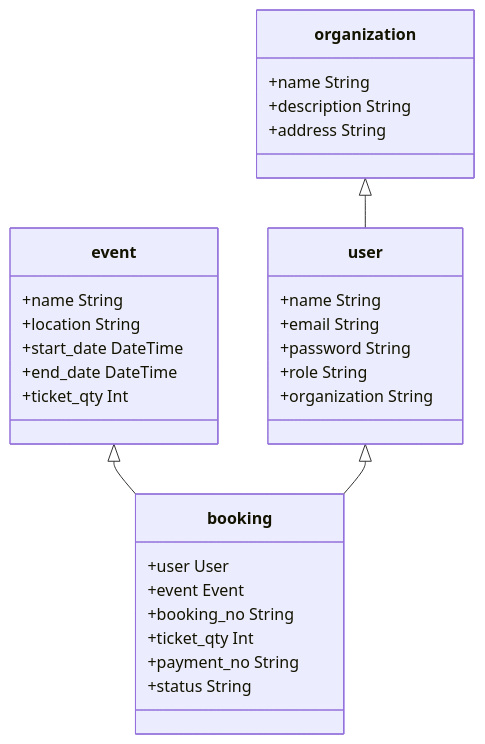
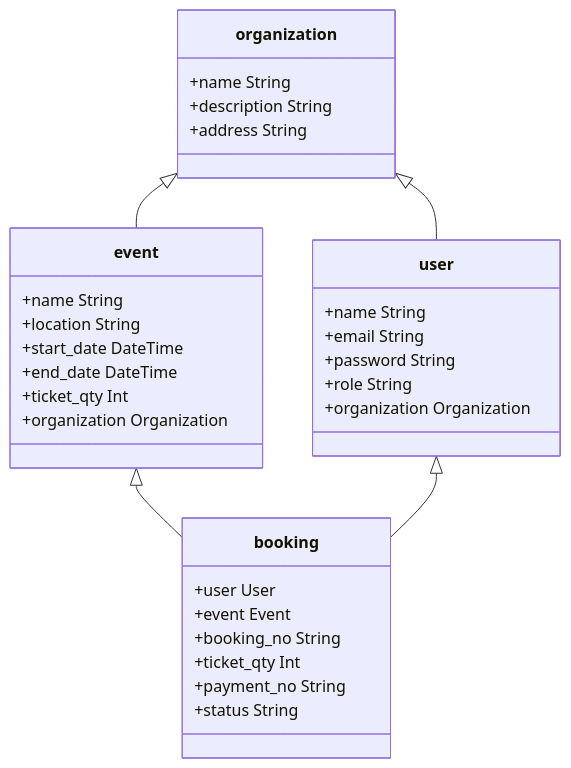
Before and after one commit to Citra-citoru/ticketing_system: the diagram in README.md, drawn with Mermaid.

````diff
--- a/README.md
+++ b/README.md
@@ -6,33 +6,35 @@
 ```mermaid
 classDiagram
   class organization{
     +name String
     +description String
     +address String
   }
   class user{
     +name String
     +email String
     +password String
     +role String
-    +organization String
+    +organization Organization
   }
   class event{
     +name String
     +location String
     +start_date DateTime
     +end_date DateTime
     +ticket_qty Int
+    +organization Organization
   }
   class booking{
     +user User
     +event Event
     +booking_no String
     +ticket_qty Int
     +payment_no String
     +status String
   }
   event <|-- booking
   user <|-- booking
   organization <|-- user
+  organization <|-- event
 ```
````
